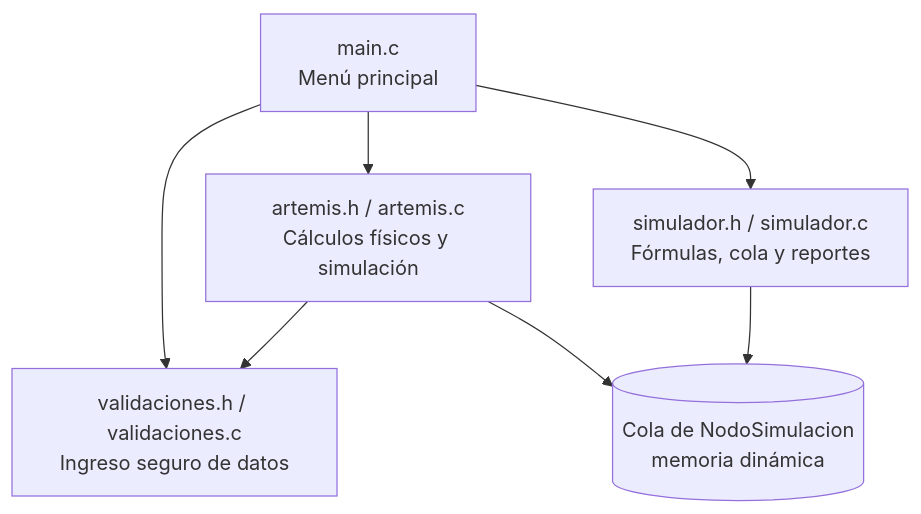
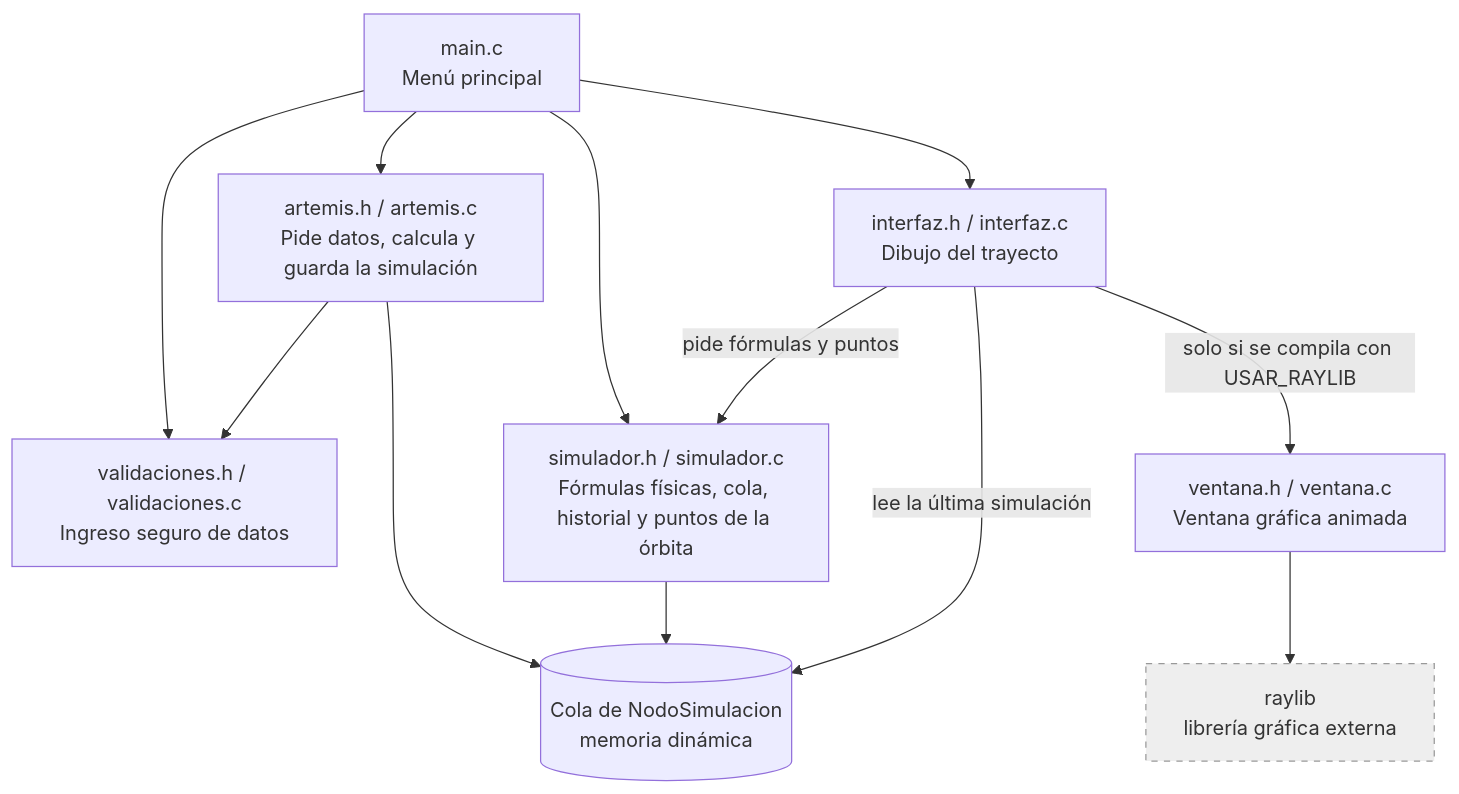
One commit to tezbrit/TRABAJO-FINAL-INTEGRADOR-C-AED-GRUPO-A17 changed the diagram in README.md. Above: the diagram before and after it, drawn with Mermaid. The commit also changed other lines of this file, not shown here.

Commit message:
Se actualiza el diagrama del README

````diff
--- a/README.md
+++ b/README.md
@@ -99,9 +103,17 @@
 ```mermaid
 graph TD
-    M[main.c<br/>Menú principal] --> A[artemis.h / artemis.c<br/>Cálculos físicos y simulación]
-    M --> V[validaciones.h / validaciones.c<br/>Ingreso seguro de datos]
+    M["main.c<br/>Menú principal"] --> A["artemis.h / artemis.c<br/>Pide datos, calcula y guarda la simulación"]
+    M --> V["validaciones.h / validaciones.c<br/>Ingreso seguro de datos"]
+    M --> S["simulador.h / simulador.c<br/>Fórmulas físicas, cola, historial y puntos de la órbita"]
+    M --> I["interfaz.h / interfaz.c<br/>Dibujo del trayecto"]
     A --> V
-    A --> Q[(Cola de NodoSimulacion<br/>memoria dinámica)]
-    M --> S[simulador.h / simulador.c<br/>Fórmulas, cola y reportes]
+    A --> Q[("Cola de NodoSimulacion<br/>memoria dinámica")]
     S --> Q
+    I -->|"pide fórmulas y puntos"| S
+    I -->|"lee la última simulación"| Q
+    I -->|"solo si se compila con USAR_RAYLIB"| W["ventana.h / ventana.c<br/>Ventana gráfica animada"]
+    W --> R["raylib<br/>librería gráfica externa"]
+
+    classDef externa fill:#eeeeee,stroke:#999999,stroke-dasharray: 5 5
+    class R externa
 ```
````
